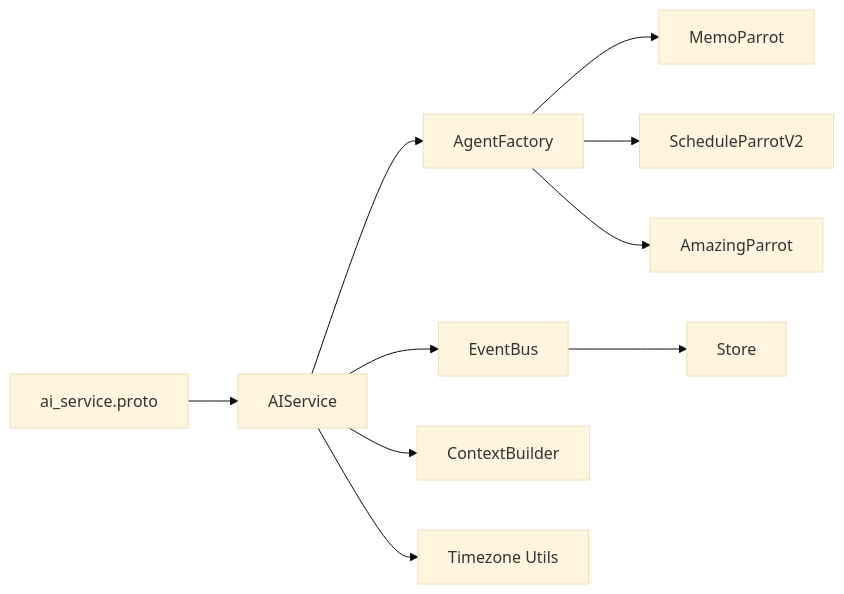
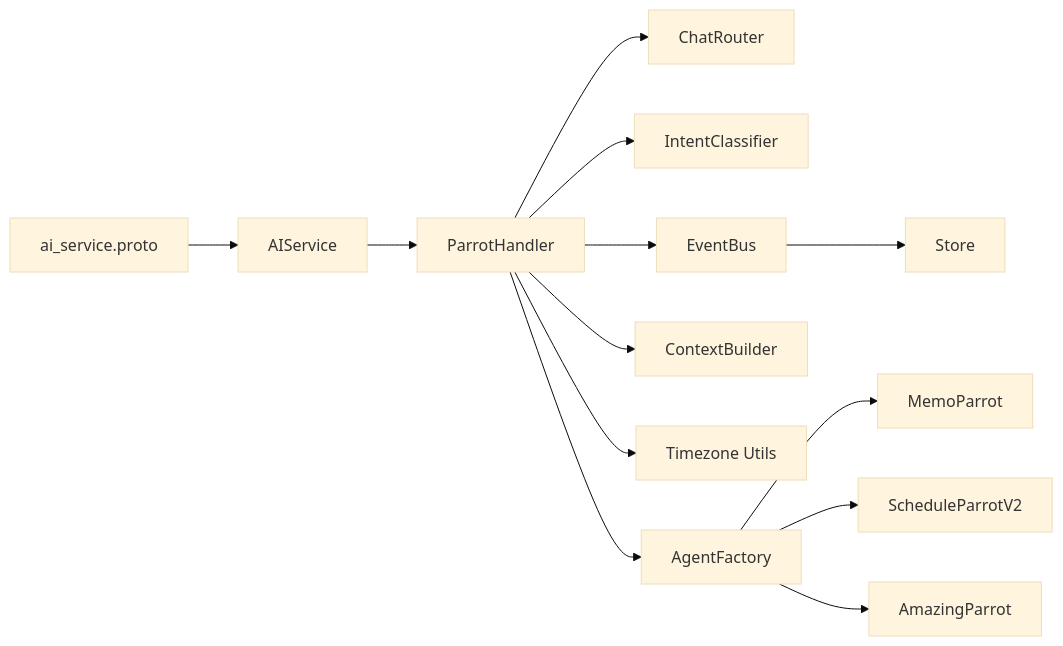
Before and after one commit to hrygo/memos: the fifth of 5 diagrams in .qoder/repowiki/zh/content/API 接口文档/服务接口规范/AI 服务 API/聊天对话 API.md, drawn with Mermaid (base theme). The commit also changed other lines of this file and 29 other files, not shown here.

````diff
--- a/.qoder/repowiki/zh/content/API 接口文档/服务接口规范/AI 服务 API/聊天对话 API.md
+++ b/.qoder/repowiki/zh/content/API 接口文档/服务接口规范/AI 服务 API/聊天对话 API.md
@@ -273,12 +366,15 @@
 ```mermaid
 graph LR
 Proto["ai_service.proto"] --> AIS["AIService"]
-AIS --> Factory["AgentFactory"]
+AIS --> PH["ParrotHandler"]
+PH --> CR["ChatRouter"]
+PH --> IC["IntentClassifier"]
+PH --> Bus["EventBus"]
+Bus --> Store["Store"]
+PH --> Ctx["ContextBuilder"]
+PH --> TZ["Timezone Utils"]
+PH --> Factory["AgentFactory"]
 Factory --> Memo["MemoParrot"]
 Factory --> Sched["ScheduleParrotV2"]
 Factory --> Amz["AmazingParrot"]
-AIS --> Bus["EventBus"]
-Bus --> Store["Store"]
-AIS --> Ctx["ContextBuilder"]
-AIS --> TZ["Timezone Utils"]
 ```
````
